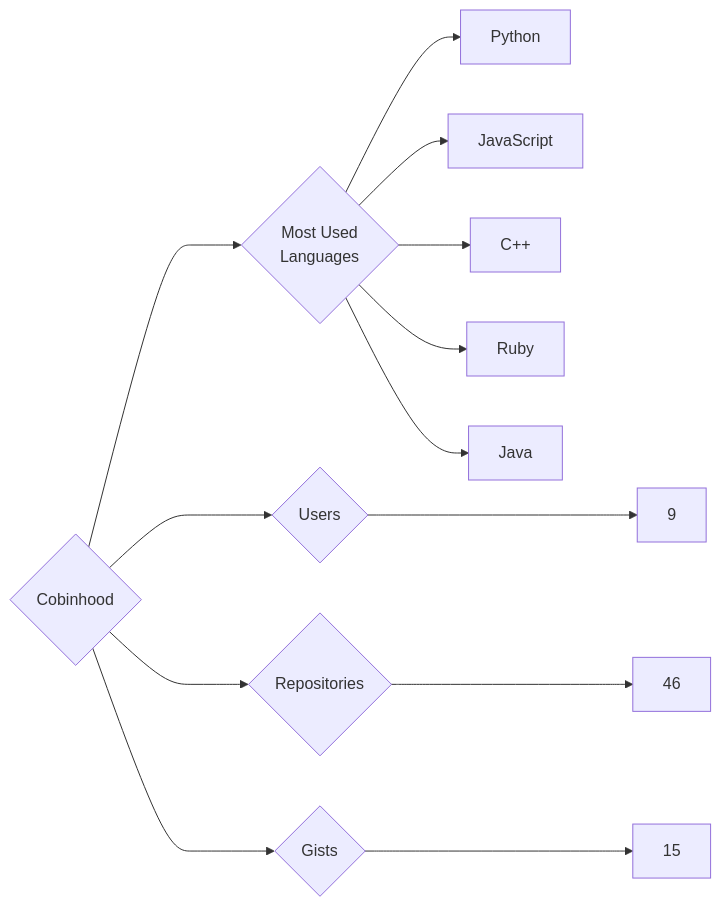
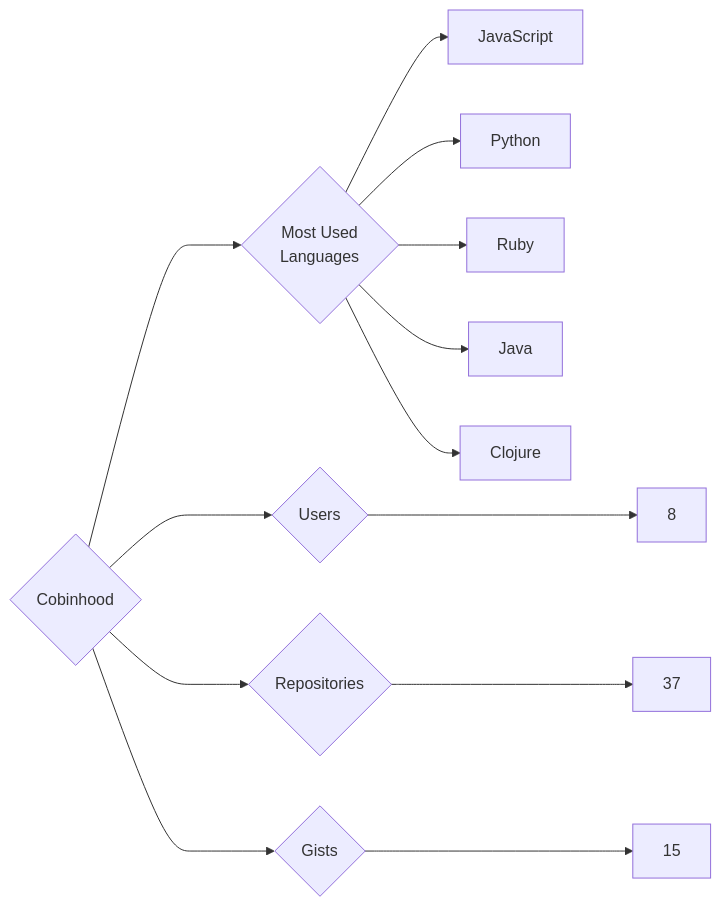
One commit to trickest/insiders changed the diagram in targets/Cobinhood/README.md. Above: the diagram before and after it, drawn with Mermaid. The commit also changed 857 other files, not shown here.

````diff
--- a/targets/Cobinhood/README.md
+++ b/targets/Cobinhood/README.md
@@ -3,13 +3,13 @@
 ```mermaid
 graph LR
 COMPANY_NAME{Cobinhood}
-COMPANY_NAME ---> U{Users} ---> UN[9]
-COMPANY_NAME ---> R{Repositories} ---> RN[46]
+COMPANY_NAME ---> U{Users} ---> UN[8]
+COMPANY_NAME ---> R{Repositories} ---> RN[37]
 COMPANY_NAME ---> G{Gists} ---> GN[15]
 COMPANY_NAME ---> ML{Most Used<br>Languages}
+ML --> JavaScript[JavaScript]
 ML --> Python[Python]
-ML --> JavaScript[JavaScript]
-ML --> C++[C++]
 ML --> Ruby[Ruby]
 ML --> Java[Java]
+ML --> Clojure[Clojure]
 ```
````
